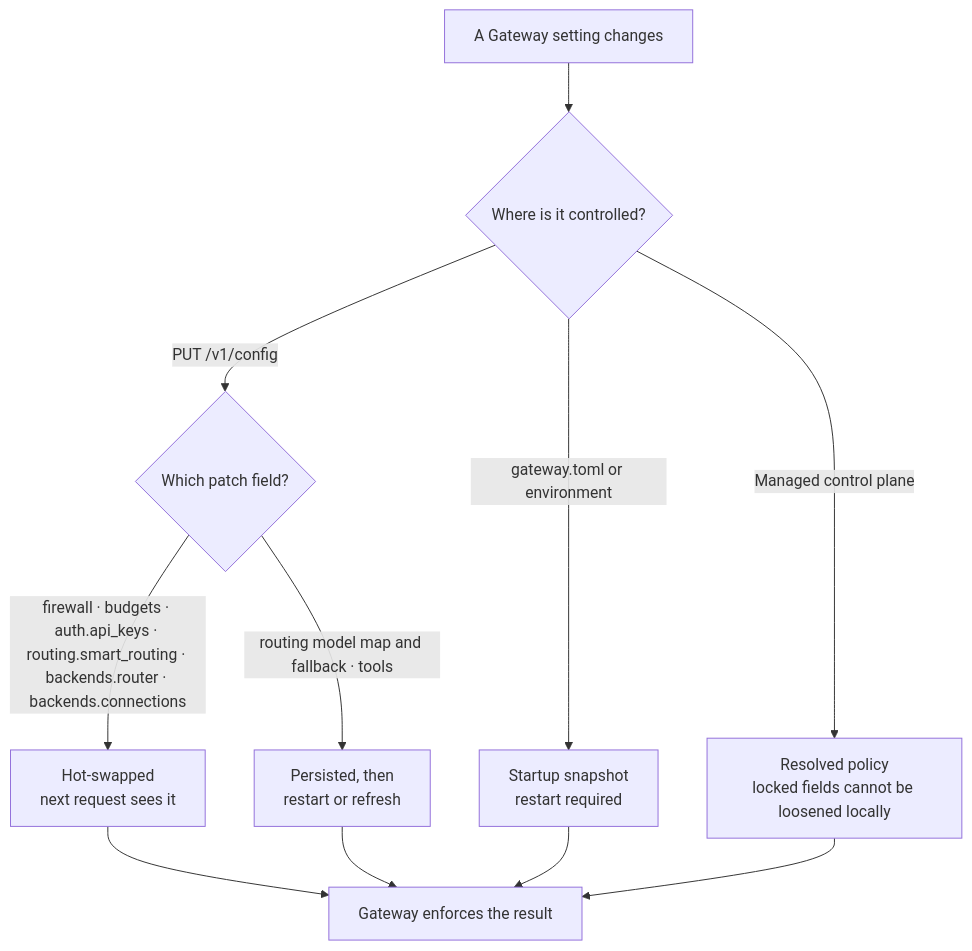
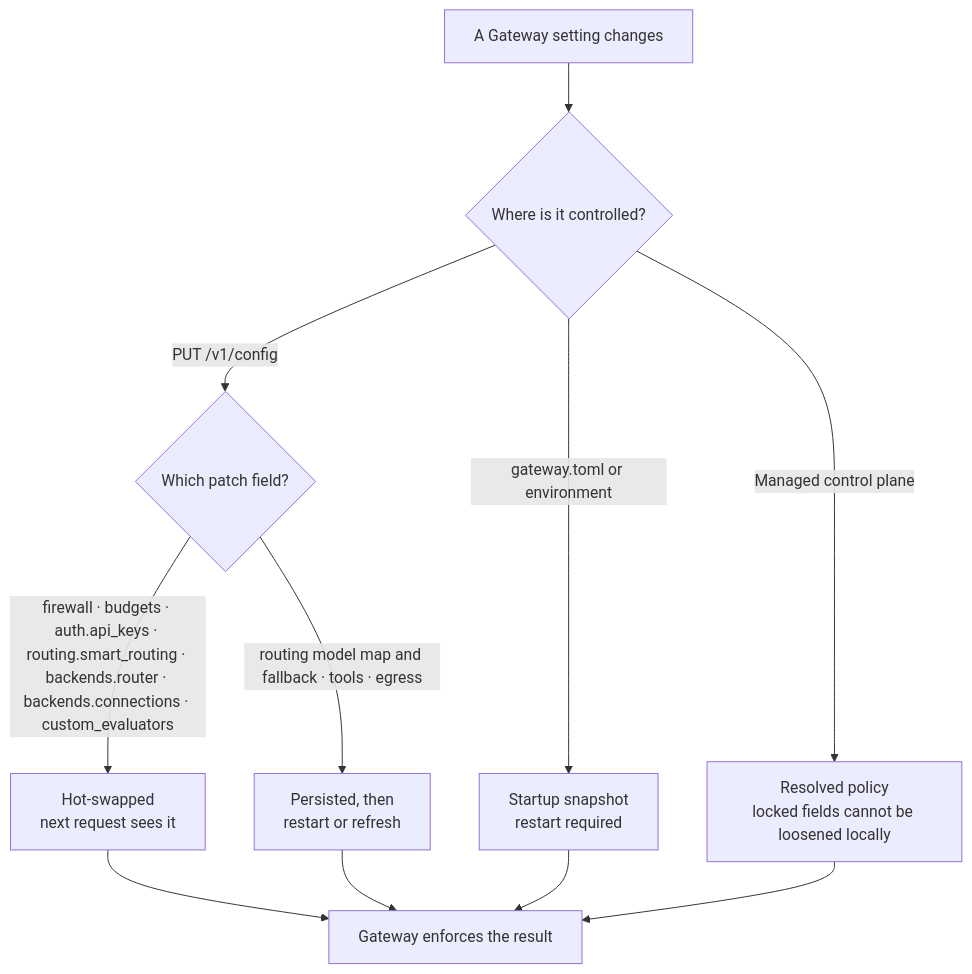
Before and after one commit to amajorai/ryu-docs: the diagram in content/docs/gateway/configuration-api.mdx, drawn with Mermaid. The commit also changed other lines of this file and 2642 other files, not shown here.

````diff
--- a/content/docs/gateway/configuration-api.mdx
+++ b/content/docs/gateway/configuration-api.mdx
@@ -56,13 +61,13 @@
 ```mermaid
 flowchart TD
   CHANGE["A Gateway setting changes"] --> SURFACE{"Where is it controlled?"}
   SURFACE -->|"PUT /v1/config"| PATCH{"Which patch field?"}
-  PATCH -->|"firewall · budgets · auth.api_keys · routing.smart_routing · backends.router · backends.connections"| LIVE["Hot-swapped\nnext request sees it"]
-  PATCH -->|"routing model map and fallback · tools"| RESTART["Persisted, then\nrestart or refresh"]
+  PATCH -->|"firewall · budgets · auth.api_keys · routing.smart_routing · backends.router · backends.connections · custom_evaluators"| LIVE["Hot-swapped\nnext request sees it"]
+  PATCH -->|"routing model map and fallback · tools · egress"| RESTART["Persisted, then\nrestart or refresh"]
   SURFACE -->|"gateway.toml or environment"| STARTUP["Startup snapshot\nrestart required"]
   SURFACE -->|"Managed control plane"| LOCKED["Resolved policy\nlocked fields cannot be loosened locally"]
   LIVE --> RESULT["Gateway enforces the result"]
   RESTART --> RESULT
   STARTUP --> RESULT
   LOCKED --> RESULT
 ```
````
